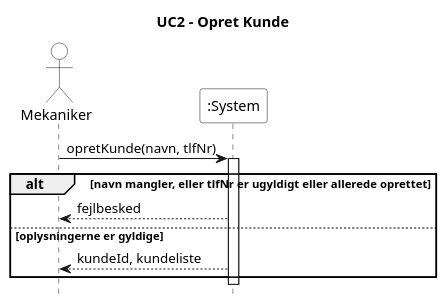
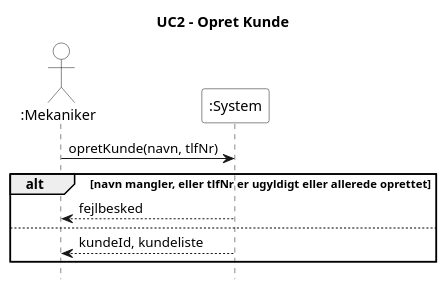
Before and after one commit to Zoabz/Getting-Real: the diagram in 4. System Sekvens Diagram/UC2_opret_kunde.puml, drawn with PlantUML. The commit also changed 8 other files, not shown here.

```diff
--- a/4. System Sekvens Diagram/UC2_opret_kunde.puml
+++ b/4. System Sekvens Diagram/UC2_opret_kunde.puml
@@ -1,25 +1,25 @@
 @startuml
 title UC2 - Opret Kunde
 hide footbox
 skinparam monochrome true
 skinparam shadowing false
 skinparam backgroundColor white
 skinparam actor {
   BackgroundColor white
 }
 skinparam participant {
   BackgroundColor white
 }
 
-actor Mekaniker
+actor ":Mekaniker"
 participant ":System" as System
 
-Mekaniker -> System : opretKunde(navn, tlfNr)
-activate System
+":Mekaniker" -> System : opretKunde(navn, tlfNr)
+
 alt navn mangler, eller tlfNr er ugyldigt eller allerede oprettet
-  System --> Mekaniker : fejlbesked
-else oplysningerne er gyldige
-  System --> Mekaniker : kundeId, kundeliste
+  System --> ":Mekaniker" : fejlbesked
+else 
+  System --> ":Mekaniker" : kundeId, kundeliste
 end
-deactivate System
+
 @enduml
```
